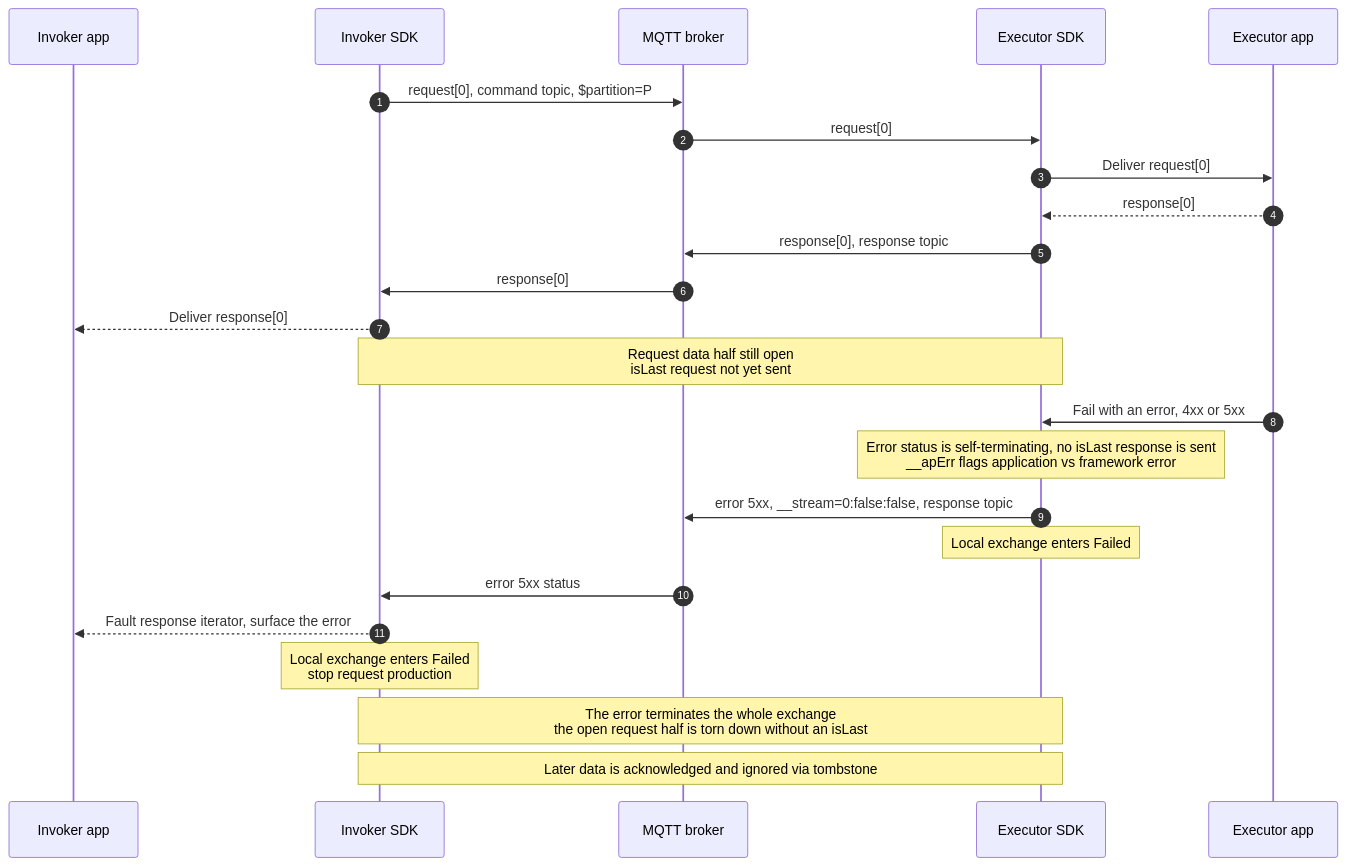
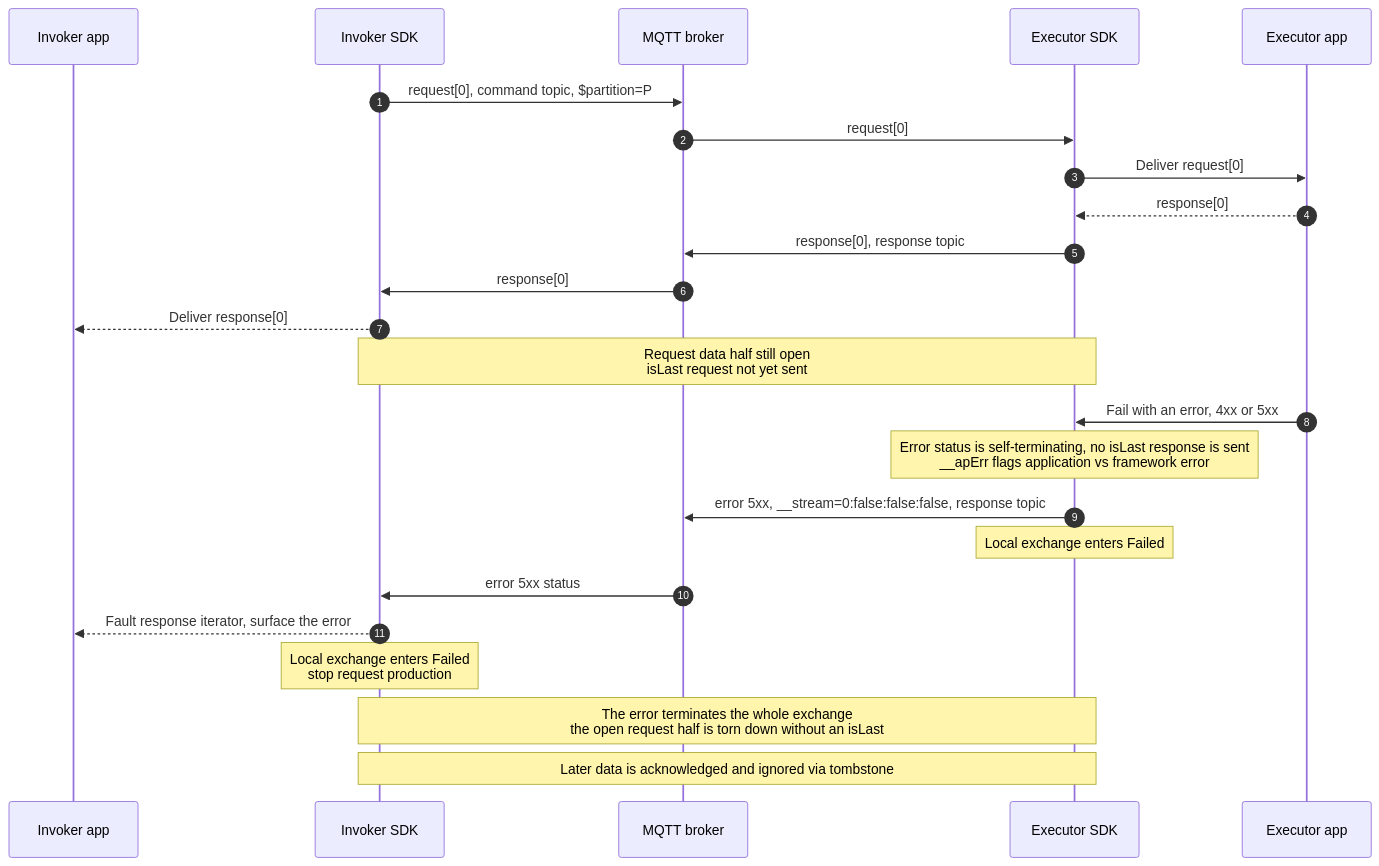
One commit to Azure/iot-operations-sdks changed the seventh of 9 diagrams in doc/dev/adr/0025-rpc-streaming-lifecycle-diagrams.md. Above: the diagram before and after it, drawn with Mermaid. The commit also changed other lines of this file and 1 other file, not shown here.

First line of the commit message:
ADR 25: clarify exchange routing and align lifecycle diagrams

````diff
--- a/doc/dev/adr/0025-rpc-streaming-lifecycle-diagrams.md
+++ b/doc/dev/adr/0025-rpc-streaming-lifecycle-diagrams.md
@@ -281,28 +268,28 @@
 ```mermaid
 sequenceDiagram
     autonumber
     participant IA as Invoker app
     participant IS as Invoker SDK
     participant B as MQTT broker
     participant ES as Executor SDK
     participant EA as Executor app
 
     IS->>B: request[0], command topic, $partition=P
     B->>ES: request[0]
     ES->>EA: Deliver request[0]
     EA-->>ES: response[0]
     ES->>B: response[0], response topic
     B->>IS: response[0]
     IS-->>IA: Deliver response[0]
 
     Note over IS,ES: Request data half still open<br/>isLast request not yet sent
     EA->>ES: Fail with an error, 4xx or 5xx
     Note over ES: Error status is self-terminating, no isLast response is sent<br/>__apErr flags application vs framework error
-    ES->>B: error 5xx, __stream=0:false:false, response topic
+    ES->>B: error 5xx, __stream=0:false:false:false, response topic
     Note over ES: Local exchange enters Failed
     B->>IS: error 5xx status
     IS-->>IA: Fault response iterator, surface the error
     Note over IS: Local exchange enters Failed<br/>stop request production
     Note over IS,ES: The error terminates the whole exchange<br/>the open request half is torn down without an isLast
     Note over IS,ES: Later data is acknowledged and ignored via tombstone
 ```
````
